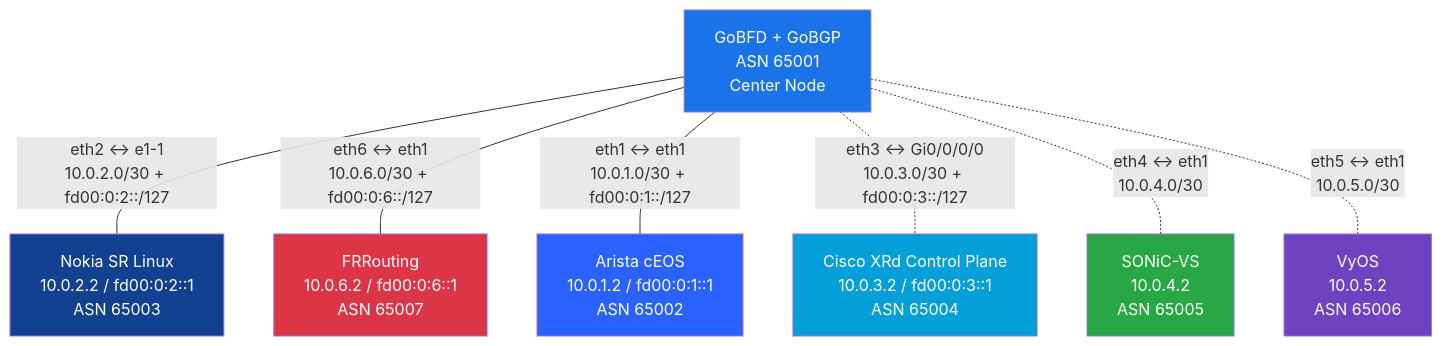
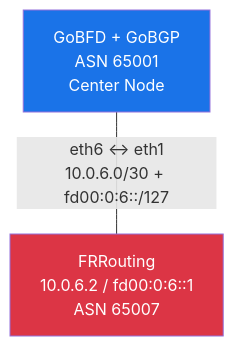
Before and after one commit to dantte-lp/gobfd: the fifth of 5 diagrams in docs/en/05-interop.md, drawn with Mermaid. The commit also changed other lines of this file and 27 other files, not shown here.

````diff
--- a/docs/en/05-interop.md
+++ b/docs/en/05-interop.md
@@ -714,26 +714,10 @@
 ```mermaid
 graph TD
     GOBFD["GoBFD + GoBGP<br/>ASN 65001<br/>Center Node"]
 
-    NOKIA["Nokia SR Linux<br/>10.0.2.2 / fd00:0:2::1<br/>ASN 65003"]
     FRR["FRRouting<br/>10.0.6.2 / fd00:0:6::1<br/>ASN 65007"]
-    ARISTA["Arista cEOS<br/>10.0.1.2 / fd00:0:1::1<br/>ASN 65002"]
-    CISCO["Cisco XRd Control Plane<br/>10.0.3.2 / fd00:0:3::1<br/>ASN 65004"]
-    SONIC["SONiC-VS<br/>10.0.4.2<br/>ASN 65005"]
-    VYOS["VyOS<br/>10.0.5.2<br/>ASN 65006"]
-
-    GOBFD ---|"eth2 ↔ e1-1<br/>10.0.2.0/30 + fd00:0:2::/127"| NOKIA
     GOBFD ---|"eth6 ↔ eth1<br/>10.0.6.0/30 + fd00:0:6::/127"| FRR
-    GOBFD ---|"eth1 ↔ eth1<br/>10.0.1.0/30 + fd00:0:1::/127"| ARISTA
-    GOBFD -.-|"eth3 ↔ Gi0/0/0/0<br/>10.0.3.0/30 + fd00:0:3::/127"| CISCO
-    GOBFD -.-|"eth4 ↔ eth1<br/>10.0.4.0/30"| SONIC
-    GOBFD -.-|"eth5 ↔ eth1<br/>10.0.5.0/30"| VYOS
 
     style GOBFD fill:#1a73e8,color:#fff
-    style NOKIA fill:#124191,color:#fff
     style FRR fill:#dc3545,color:#fff
-    style ARISTA fill:#2962FF,color:#fff
-    style CISCO fill:#049FD9,color:#fff
-    style SONIC fill:#28a745,color:#fff
-    style VYOS fill:#6f42c1,color:#fff
 ```
````
